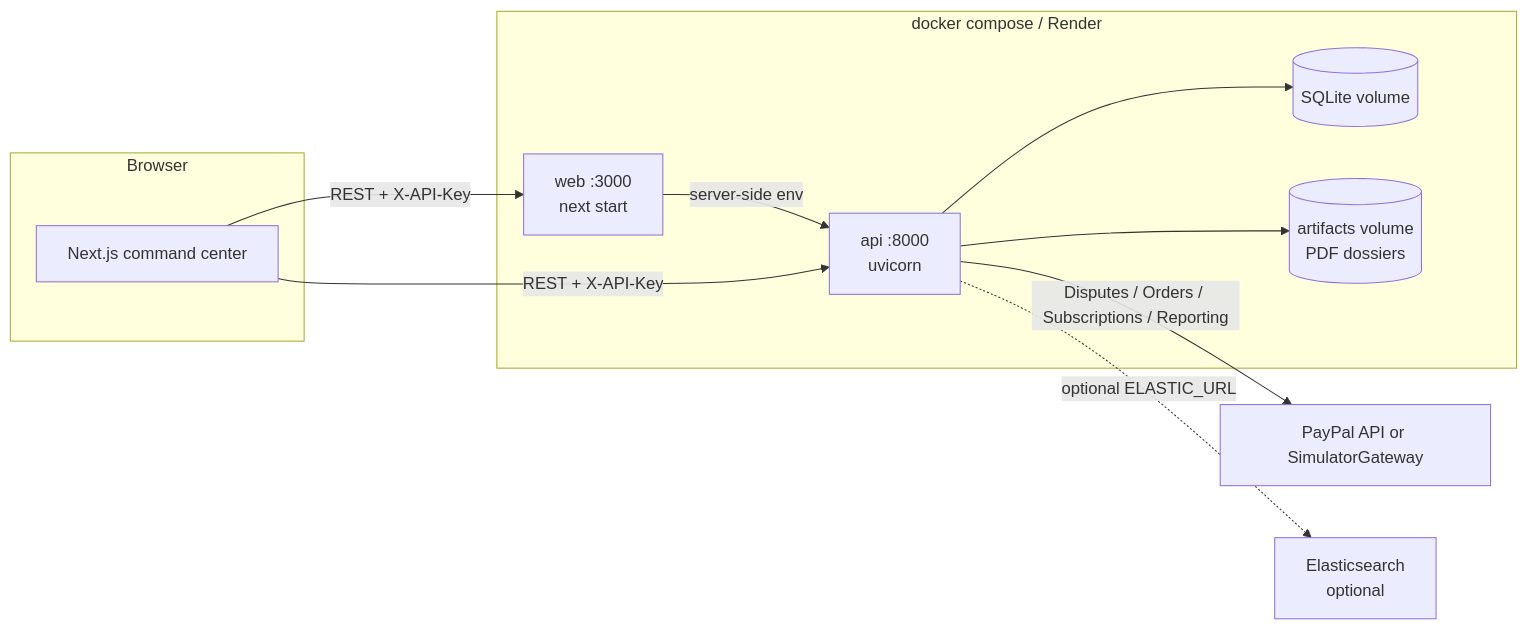
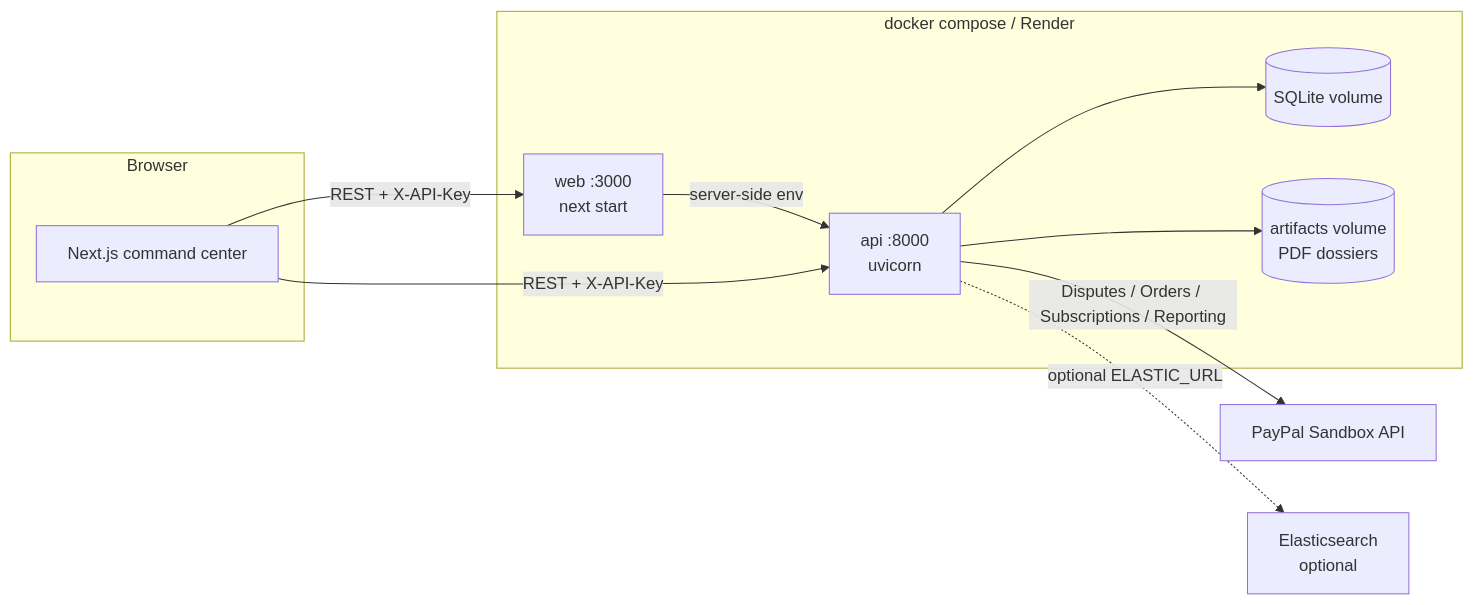
One commit to Divyanshu-kumar14/Verdict-Pay changed the second of 2 diagrams in docs/architecture.md. Above: the diagram before and after it, drawn with Mermaid. The commit also changed other lines of this file and 37 other files, not shown here.

First line of the commit message:
fix: restore a working judge flow on PayPal Sandbox

````diff
--- a/docs/architecture.md
+++ b/docs/architecture.md
@@ -290,22 +315,22 @@
 ```mermaid
 flowchart LR
     subgraph Browser
         UI[Next.js command center]
     end
     subgraph "docker compose / Render"
         WEB[web :3000<br/>next start]
         API[api :8000<br/>uvicorn]
         DB[(SQLite volume)]
         ART[(artifacts volume<br/>PDF dossiers)]
     end
-    PP[PayPal API or SimulatorGateway]
+    PP[PayPal Sandbox API]
     EL[Elasticsearch<br/>optional]
 
     UI -->|REST + X-API-Key| WEB
     WEB -->|server-side env| API
     UI -->|REST + X-API-Key| API
     API --> DB
     API --> ART
     API -->|Disputes / Orders / Subscriptions / Reporting| PP
     API -. optional ELASTIC_URL .-> EL
 ```
````
